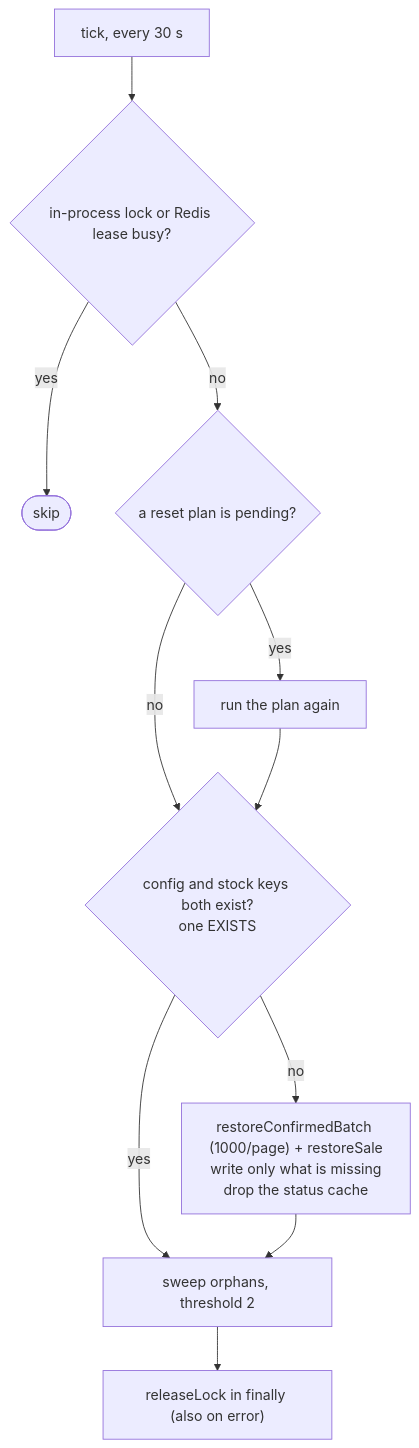
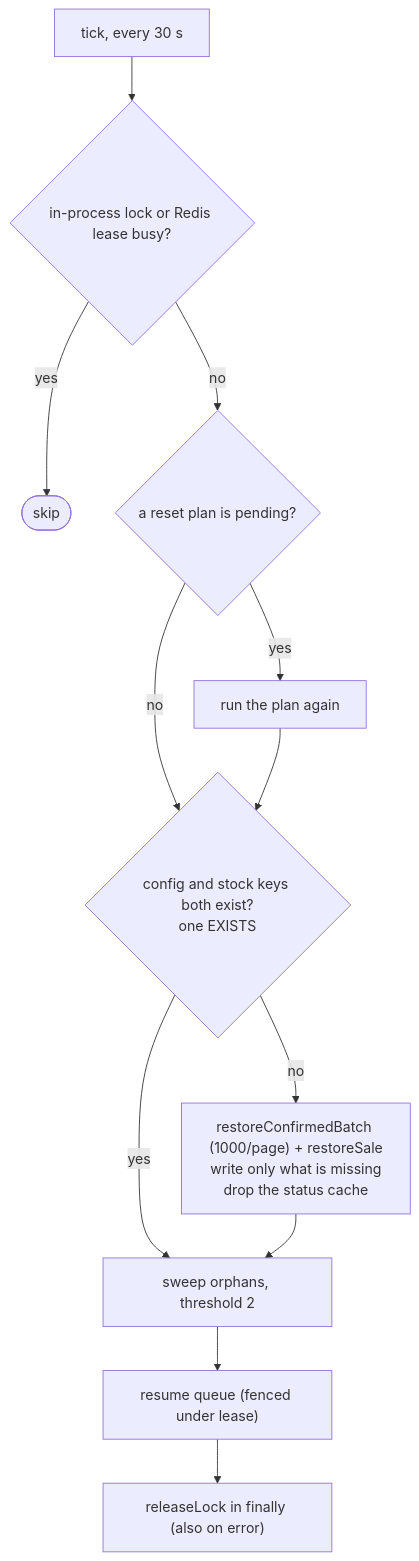
Before and after one commit to minhhieple97/flash-sale-system: the third of 4 diagrams in docs/fault-tolerance.md, drawn with Mermaid. The commit also changed other lines of this file and 9 other files, not shown here.

Commit message:
docs: condense README and sync architecture, fault-tolerance, and benchmark docs

````diff
--- a/docs/fault-tolerance.md
+++ b/docs/fault-tolerance.md
@@ -97,13 +97,14 @@
 ```mermaid
 flowchart TD
     tick["tick, every 30 s"] --> idle{"in-process lock or Redis lease busy?"}
     idle -- yes --> skip(["skip"])
     idle -- no --> pend{"a reset plan is pending?"}
     pend -- yes --> finish["run the plan again"]
     pend -- no --> lost
     finish --> lost{"config and stock keys both exist?<br/>one EXISTS"}
     lost -- yes --> sweep
     lost -- no --> restore["restoreConfirmedBatch (1000/page) + restoreSale<br/>write only what is missing<br/>drop the status cache"]
     restore --> sweep["sweep orphans, threshold 2"]
-    sweep --> rel["releaseLock in finally (also on error)"]
+    sweep --> resumeQ["resume queue (fenced under lease)"]
+    resumeQ --> rel["releaseLock in finally (also on error)"]
 ```
````
